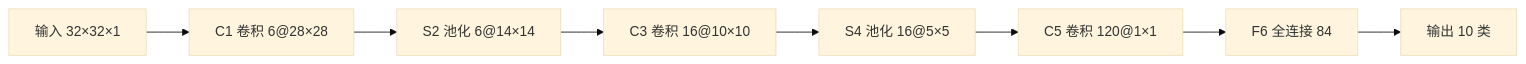
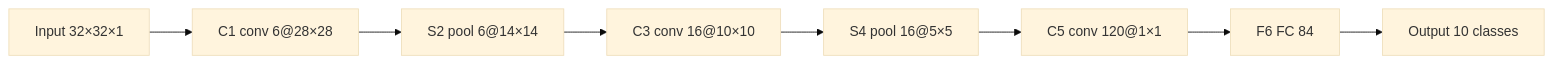
The first of 2 diagrams in Artificial_Intelligence/DeepLearningRM/学习笔记/概念原理/N009 LeNet-5架构与各层参数.md (Korotomx/STD), drawn with Mermaid (base theme) before and after one commit. The commit also changed other lines of this file and 173 other files, not shown here.

````diff
--- a/Artificial_Intelligence/DeepLearningRM/学习笔记/概念原理/N009 LeNet-5架构与各层参数.md
+++ b/Artificial_Intelligence/DeepLearningRM/学习笔记/概念原理/N009 LeNet-5架构与各层参数.md
@@ -26,10 +7,10 @@
 ```mermaid
 flowchart LR
-    IN["输入 32×32×1"] --> C1["C1 卷积 6@28×28"]
-    C1 --> S2["S2 池化 6@14×14"]
-    S2 --> C3["C3 卷积 16@10×10"]
-    C3 --> S4["S4 池化 16@5×5"]
-    S4 --> C5["C5 卷积 120@1×1"]
-    C5 --> F6["F6 全连接 84"]
-    F6 --> OUT["输出 10 类"]
+    IN["Input 32×32×1"] --> C1["C1 conv 6@28×28"]
+    C1 --> S2["S2 pool 6@14×14"]
+    S2 --> C3["C3 conv 16@10×10"]
+    C3 --> S4["S4 pool 16@5×5"]
+    S4 --> C5["C5 conv 120@1×1"]
+    C5 --> F6["F6 FC 84"]
+    F6 --> OUT["Output 10 classes"]
 ```
````
